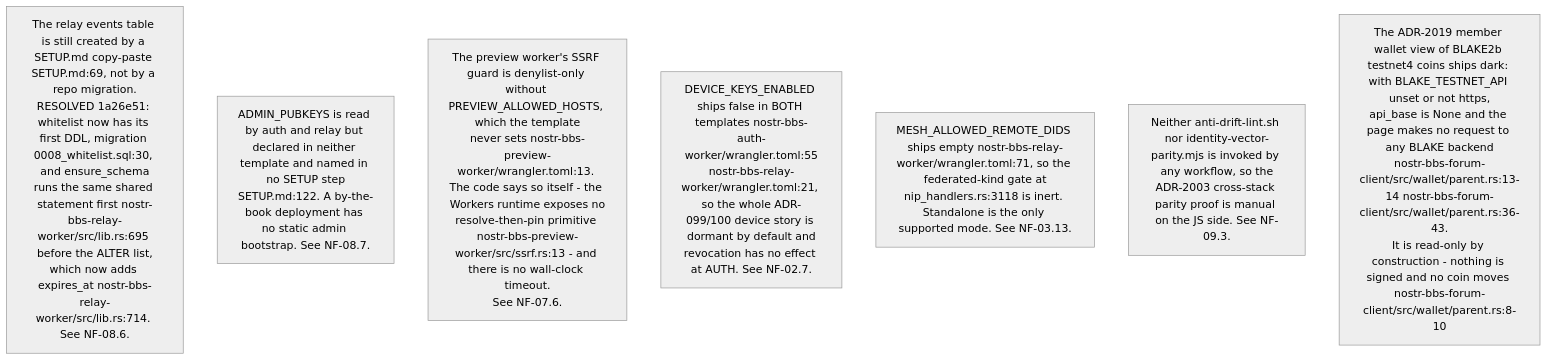
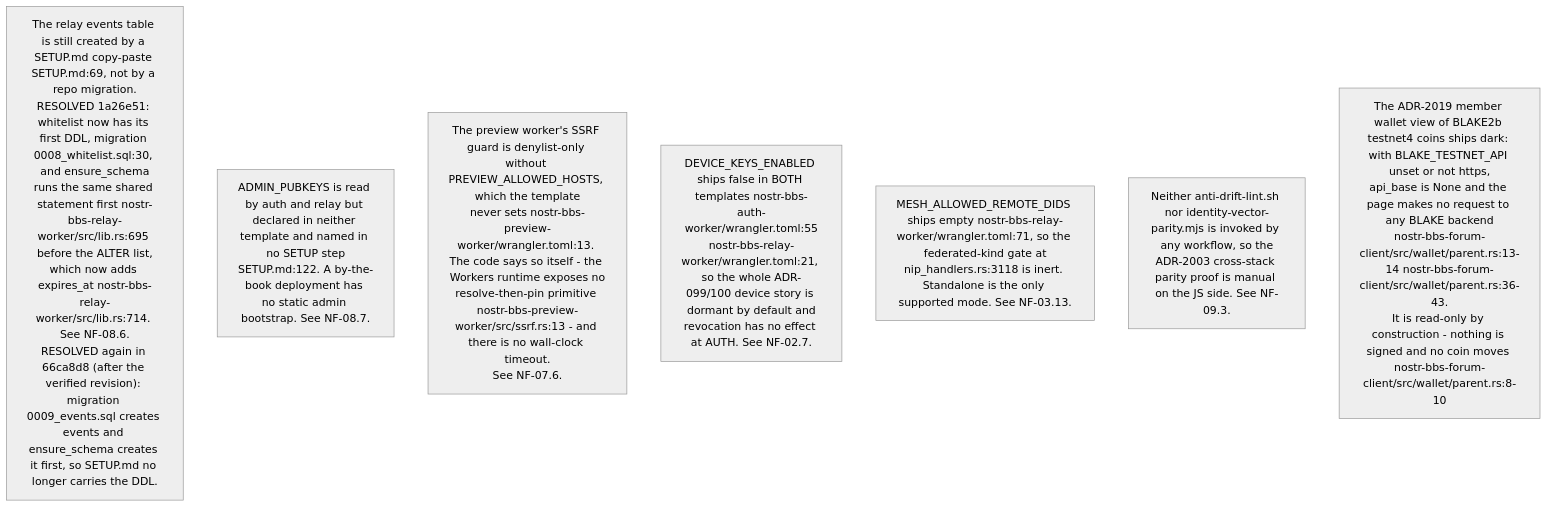
One commit to DreamLab-AI/VisionFlow changed the sixth of 10 diagrams in docs/diagrams/nostr-rust-forum/10-invariants-and-anomaly-register.md. Above: the diagram before and after it, drawn with Mermaid (neutral theme). The commit also changed other lines of this file and 80 other files, not shown here.

First line of the commit message:
docs(diagrams): re-verify the agentbox, dreamlab, estate and visionflow corpus against current sources

````diff
--- a/docs/diagrams/nostr-rust-forum/10-invariants-and-anomaly-register.md
+++ b/docs/diagrams/nostr-rust-forum/10-invariants-and-anomaly-register.md
@@ -137,10 +137,10 @@
 ```mermaid
 flowchart TB
-    S1["The relay events table is still created by a SETUP.md copy-paste SETUP.md:69, not by a repo migration.<br/>RESOLVED 1a26e51: whitelist now has its first DDL, migration 0008_whitelist.sql:30, and ensure_schema<br/>runs the same shared statement first nostr-bbs-relay-worker/src/lib.rs:695 before the ALTER list,<br/>which now adds expires_at nostr-bbs-relay-worker/src/lib.rs:714. See NF-08.6."]
+    S1["The relay events table is still created by a SETUP.md copy-paste SETUP.md:69, not by a repo migration.<br/>RESOLVED 1a26e51: whitelist now has its first DDL, migration 0008_whitelist.sql:30, and ensure_schema<br/>runs the same shared statement first nostr-bbs-relay-worker/src/lib.rs:695 before the ALTER list,<br/>which now adds expires_at nostr-bbs-relay-worker/src/lib.rs:714. See NF-08.6.<br/>RESOLVED again in 66ca8d8 (after the verified revision): migration 0009_events.sql creates events and ensure_schema creates it first, so SETUP.md no longer carries the DDL."]
     S2["ADMIN_PUBKEYS is read by auth and relay but declared in neither template and named in no SETUP step<br/>SETUP.md:122. A by-the-book deployment has no static admin bootstrap. See NF-08.7."]
     S3["The preview worker's SSRF guard is denylist-only without PREVIEW_ALLOWED_HOSTS, which the template<br/>never sets nostr-bbs-preview-worker/wrangler.toml:13. The code says so itself - the Workers runtime exposes no<br/>resolve-then-pin primitive nostr-bbs-preview-worker/src/ssrf.rs:13 - and there is no wall-clock timeout.<br/>See NF-07.6."]
     S4["DEVICE_KEYS_ENABLED ships false in BOTH templates nostr-bbs-auth-worker/wrangler.toml:55<br/>nostr-bbs-relay-worker/wrangler.toml:21, so the whole ADR-099/100 device story is dormant by default and<br/>revocation has no effect at AUTH. See NF-02.7."]
     S5["MESH_ALLOWED_REMOTE_DIDS ships empty nostr-bbs-relay-worker/wrangler.toml:71, so the federated-kind gate at<br/>nip_handlers.rs:3118 is inert. Standalone is the only supported mode. See NF-03.13."]
     S6["Neither anti-drift-lint.sh nor identity-vector-parity.mjs is invoked by any workflow, so the<br/>ADR-2003 cross-stack parity proof is manual on the JS side. See NF-09.3."]
     S7["The ADR-2019 member wallet view of BLAKE2b testnet4 coins ships dark: with BLAKE_TESTNET_API unset or not https,<br/>api_base is None and the page makes no request to any BLAKE backend<br/>nostr-bbs-forum-client/src/wallet/parent.rs:13-14 nostr-bbs-forum-client/src/wallet/parent.rs:36-43.<br/>It is read-only by construction - nothing is signed and no coin moves nostr-bbs-forum-client/src/wallet/parent.rs:8-10"]
 ```
````
